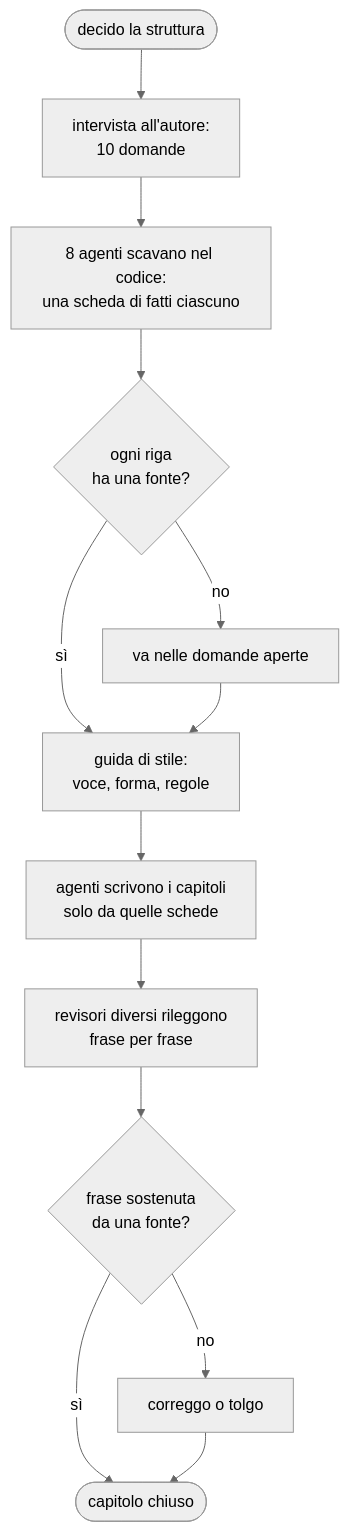
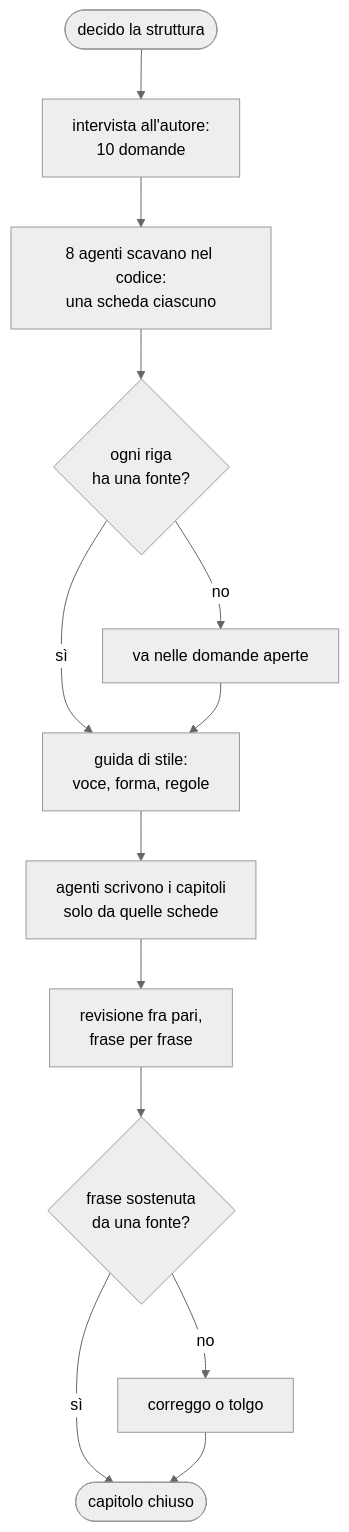
One commit to ale-ehp/retro-future changed the second of 2 diagrams in doc/docs/ingegneria/come-e-organizzato-il-lavoro.mdx. Above: the diagram before and after it, drawn with Mermaid (neutral theme). The commit also changed other lines of this file and 22 other files, not shown here.

````diff
--- a/doc/docs/ingegneria/come-e-organizzato-il-lavoro.mdx
+++ b/doc/docs/ingegneria/come-e-organizzato-il-lavoro.mdx
@@ -145,15 +138,15 @@
 ```mermaid
 flowchart TB
   A([decido la struttura]) --> B[intervista all'autore:<br/>10 domande]
-  B --> C[8 agenti scavano nel codice:<br/>una scheda di fatti ciascuno]
+  B --> C[8 agenti scavano nel codice:<br/>una scheda ciascuno]
   C --> D{ogni riga<br/>ha una fonte?}
   D -->|no| E[va nelle domande aperte]
   D -->|sì| F[guida di stile:<br/>voce, forma, regole]
   E --> F
   F --> G[agenti scrivono i capitoli<br/>solo da quelle schede]
-  G --> H[revisori diversi rileggono<br/>frase per frase]
+  G --> H[revisione fra pari,<br/>frase per frase]
   H --> I{frase sostenuta<br/>da una fonte?}
   I -->|no| J[correggo o tolgo]
   I -->|sì| K([capitolo chiuso])
   J --> K
 ```
````
